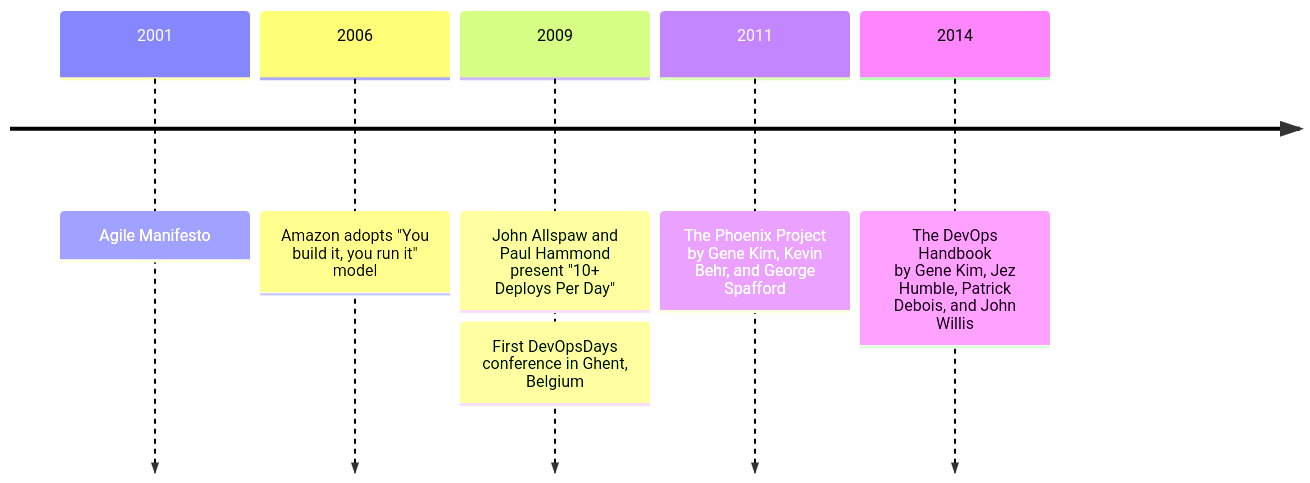
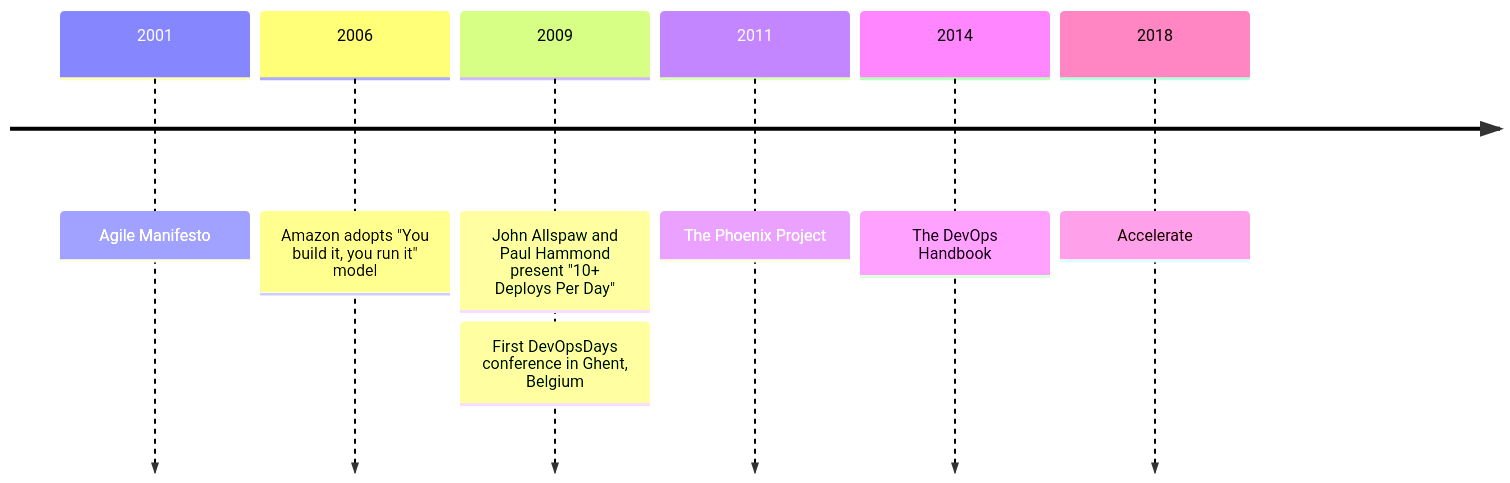
One commit to robstrader/presentation-devops-cicd changed the second of 3 diagrams in slides.md. Above: the diagram before and after it, drawn with Mermaid. The commit also changed other lines of this file, not shown here.

Commit message:
fix: finalize timeline

````diff
--- a/slides.md
+++ b/slides.md
@@ -276,9 +276,10 @@
 ```mermaid {alt: 'A brief history of DevOps', scale: 0.8}
 timeline
     2001 : Agile Manifesto
     2006 : Amazon adopts "You build it, you run it" model
     2009 : John Allspaw and Paul Hammond present "10+ Deploys Per Day"
          : First DevOpsDays conference in Ghent, Belgium
-    2011 : The Phoenix Project <br>by Gene Kim, Kevin Behr, and George Spafford
-    2014 : The DevOps Handbook <br>by Gene Kim, Jez Humble, Patrick Debois, and John Willis
+    2011 : The Phoenix Project
+    2014 : The DevOps Handbook
+    2018 : Accelerate
 ```
````
